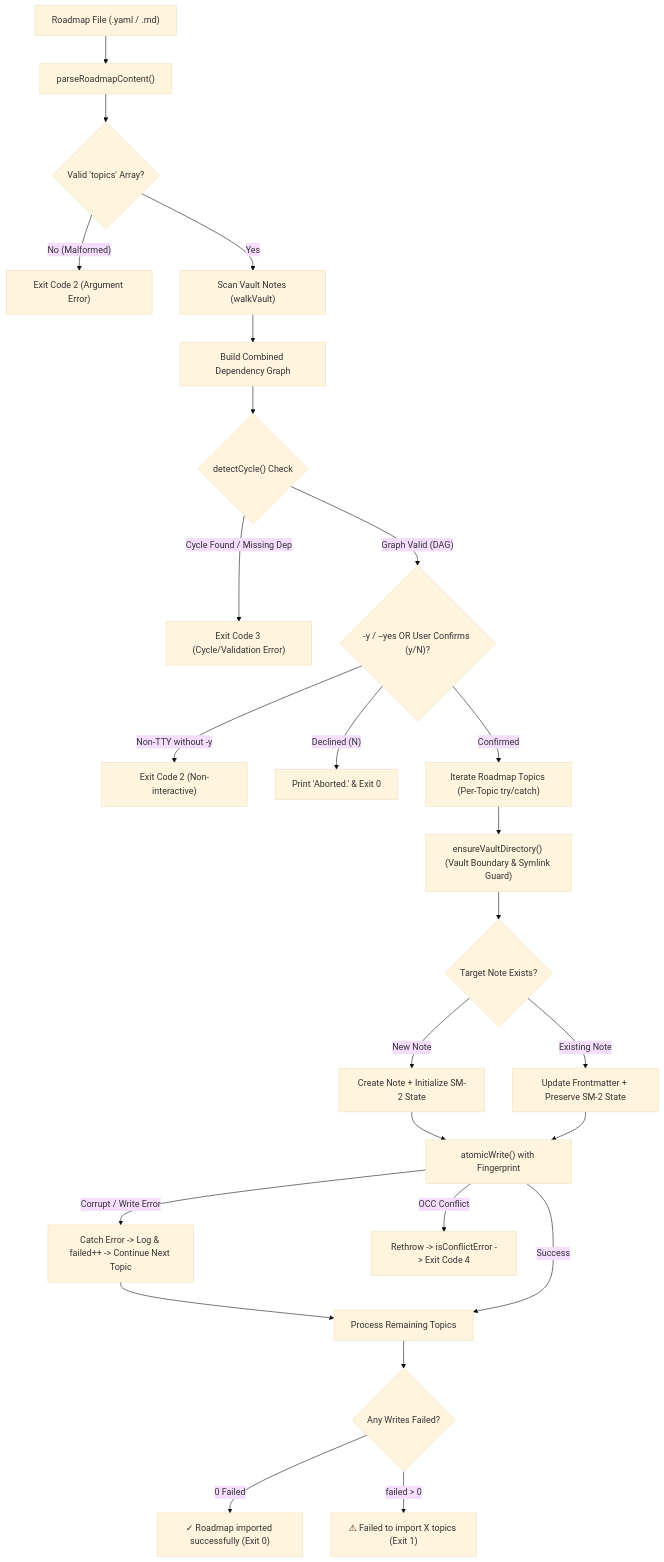
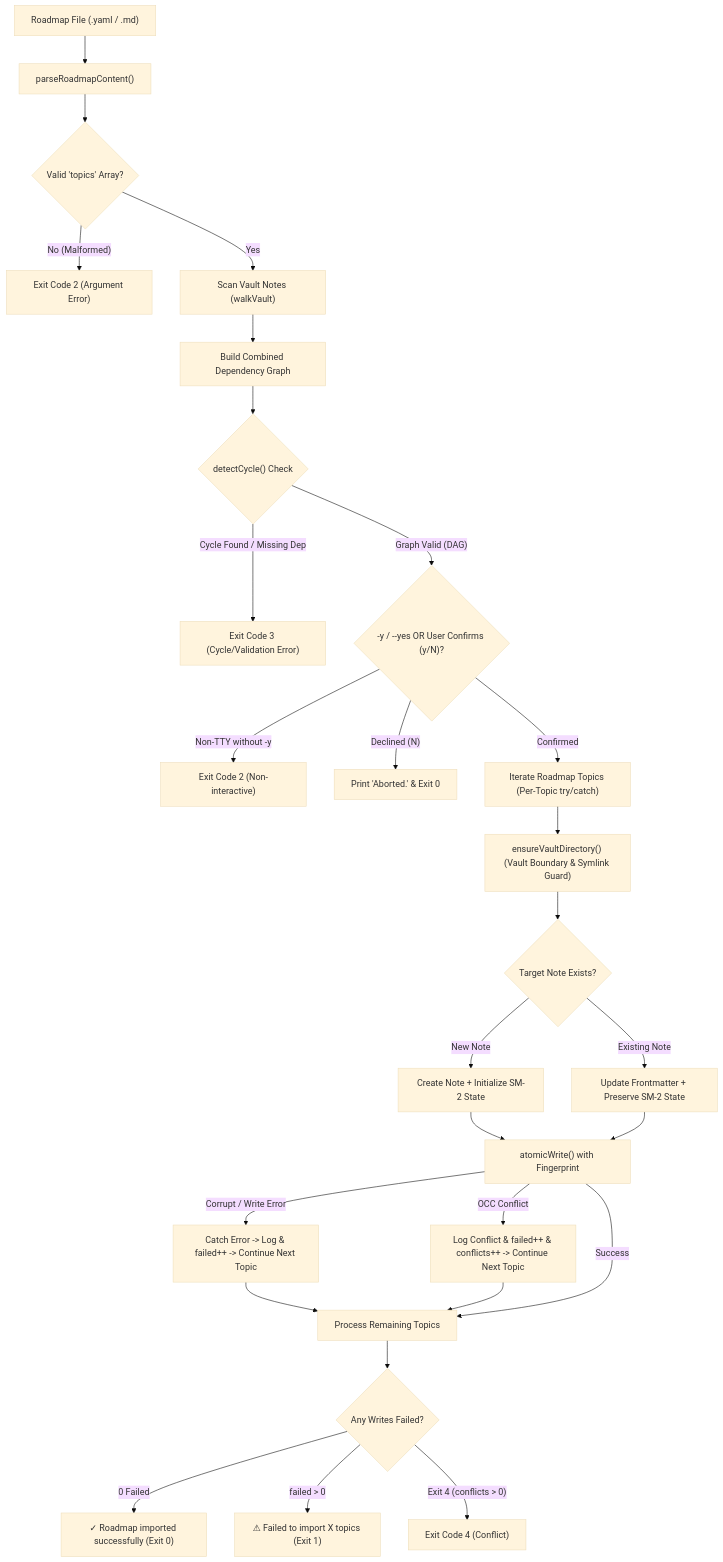
One commit to Kuldeep2822k/cli changed the second of 2 diagrams in docs/02-1-topic-management-commands.md. Above: the diagram before and after it, drawn with Mermaid (base theme). The commit also changed 33 other files, not shown here.

Commit message:
feat(phase1): complete final hardening, OCC pre-read integrity, docstring coverage, and test harness consolidation

````diff
--- a/docs/02-1-topic-management-commands.md
+++ b/docs/02-1-topic-management-commands.md
@@ -231,33 +231,35 @@
 ```mermaid
 flowchart TD
     RoadmapFile["Roadmap File (.yaml / .md)"] --> Parser["parseRoadmapContent()"]
     Parser --> ValidStruct{"Valid 'topics' Array?"}
     
     ValidStruct -->|"No (Malformed)"| ErrStruct["Exit Code 2 (Argument Error)"]
     ValidStruct -->|"Yes"| WalkExisting["Scan Vault Notes (walkVault)"]
     
     WalkExisting --> GraphBuild["Build Combined Dependency Graph"]
     GraphBuild --> CycleCheck{"detectCycle() Check"}
     
     CycleCheck -->|"Cycle Found / Missing Dep"| ErrCycle["Exit Code 3 (Cycle/Validation Error)"]
     CycleCheck -->|"Graph Valid (DAG)"| PromptCheck{"-y / --yes OR User Confirms (y/N)?"}
     
     PromptCheck -->|"Non-TTY without -y"| ErrTTY["Exit Code 2 (Non-interactive)"]
     PromptCheck -->|"Declined (N)"| Abort["Print 'Aborted.' & Exit 0"]
     PromptCheck -->|"Confirmed"| ImportLoop["Iterate Roadmap Topics (Per-Topic try/catch)"]
     
     ImportLoop --> DirCheck["ensureVaultDirectory() (Vault Boundary & Symlink Guard)"]
     DirCheck --> PathCheck{"Target Note Exists?"}
     PathCheck -->|"New Note"| CreateNote["Create Note + Initialize SM-2 State"]
     PathCheck -->|"Existing Note"| UpdateNote["Update Frontmatter + Preserve SM-2 State"]
     
     CreateNote & UpdateNote --> AtomicOp["atomicWrite() with Fingerprint"]
     AtomicOp -->|"Corrupt / Write Error"| CatchErr["Catch Error -> Log & failed++ -> Continue Next Topic"]
-    AtomicOp -->|"OCC Conflict"| ErrOCC["Rethrow -> isConflictError -> Exit Code 4"]
+    AtomicOp -->|"OCC Conflict"| CatchOCC["Log Conflict & failed++ & conflicts++ -> Continue Next Topic"]
     CatchErr --> NextTopic["Process Remaining Topics"]
+    CatchOCC --> NextTopic
+    AtomicOp -->|"Success"| NextTopic
     NextTopic --> FinalResult{"Any Writes Failed?"}
-    AtomicOp -->|"Success"| NextTopic
     
     FinalResult -->|"0 Failed"| Success["✓ Roadmap imported successfully (Exit 0)"]
     FinalResult -->|"failed > 0"| PartialFail["⚠ Failed to import X topics (Exit 1)"]
+    FinalResult -->|"Exit 4 (conflicts > 0)"| ConflictExit["Exit Code 4 (Conflict)"]
 ```
````
